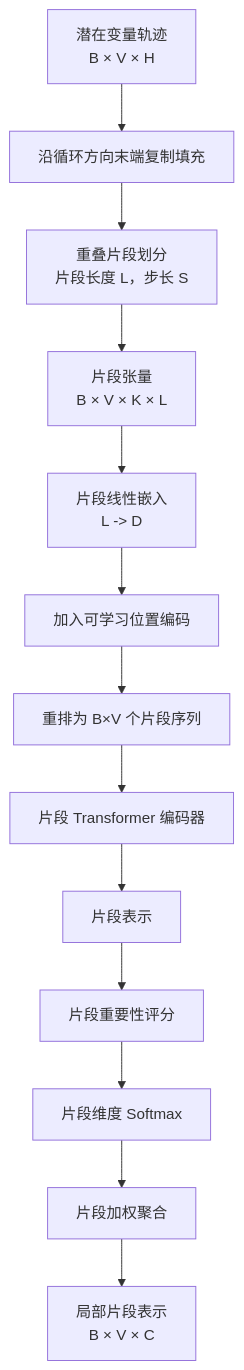
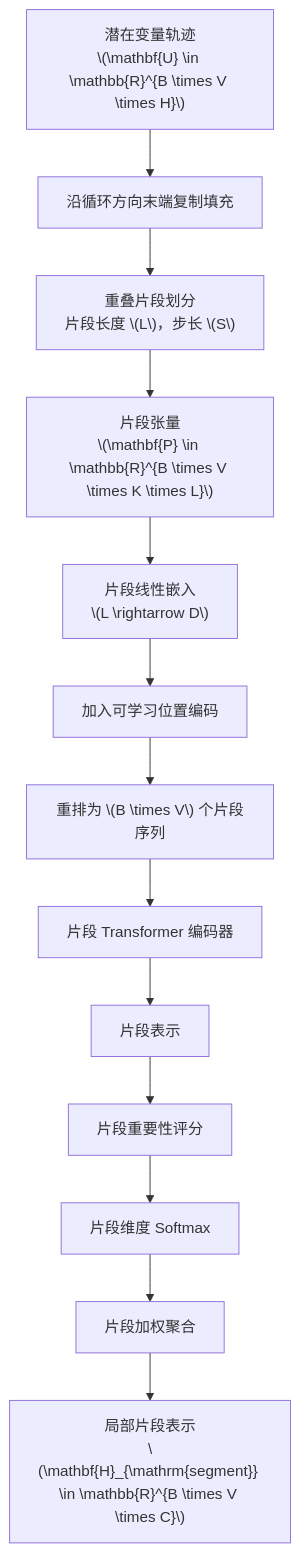
The fourth of 6 diagrams in 专利/交底书.md (xskukuku/0_MyFiles), drawn with Mermaid before and after one commit. The commit also changed other lines of this file, not shown here.

````diff
--- a/专利/交底书.md
+++ b/专利/交底书.md
@@ -1431,15 +1706,15 @@
 ```mermaid
 flowchart TD
-    A["潜在变量轨迹<br/>B × V × H"] --> B["沿循环方向末端复制填充"]
-    B --> C["重叠片段划分<br/>片段长度 L，步长 S"]
-    C --> D["片段张量<br/>B × V × K × L"]
-    D --> E["片段线性嵌入<br/>L -> D"]
+    A["潜在变量轨迹<br/>\(\mathbf{U} \in \mathbb{R}^{B \times V \times H}\)"] --> B["沿循环方向末端复制填充"]
+    B --> C["重叠片段划分<br/>片段长度 \(L\)，步长 \(S\)"]
+    C --> D["片段张量<br/>\(\mathbf{P} \in \mathbb{R}^{B \times V \times K \times L}\)"]
+    D --> E["片段线性嵌入<br/>\(L \rightarrow D\)"]
     E --> F["加入可学习位置编码"]
-    F --> G["重排为 B×V 个片段序列"]
+    F --> G["重排为 \(B \times V\) 个片段序列"]
     G --> H["片段 Transformer 编码器"]
     H --> I["片段表示"]
     I --> J["片段重要性评分"]
     J --> K["片段维度 Softmax"]
     K --> L["片段加权聚合"]
-    L --> M["局部片段表示<br/>B × V × C"]
+    L --> M["局部片段表示<br/>\(\mathbf{H}_{\mathrm{segment}} \in \mathbb{R}^{B \times V \times C}\)"]
 ```
````
